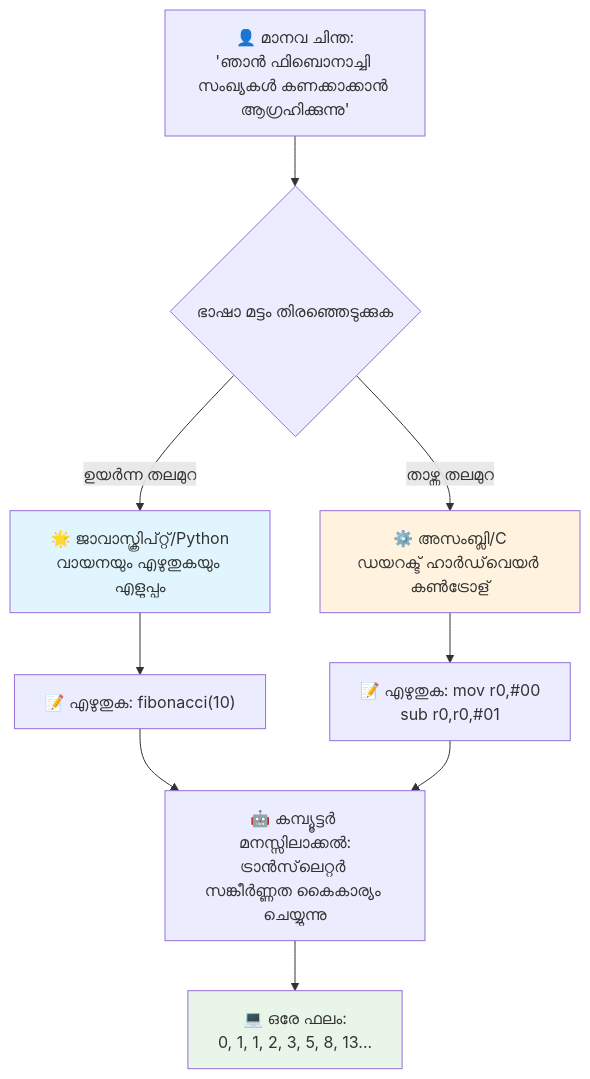
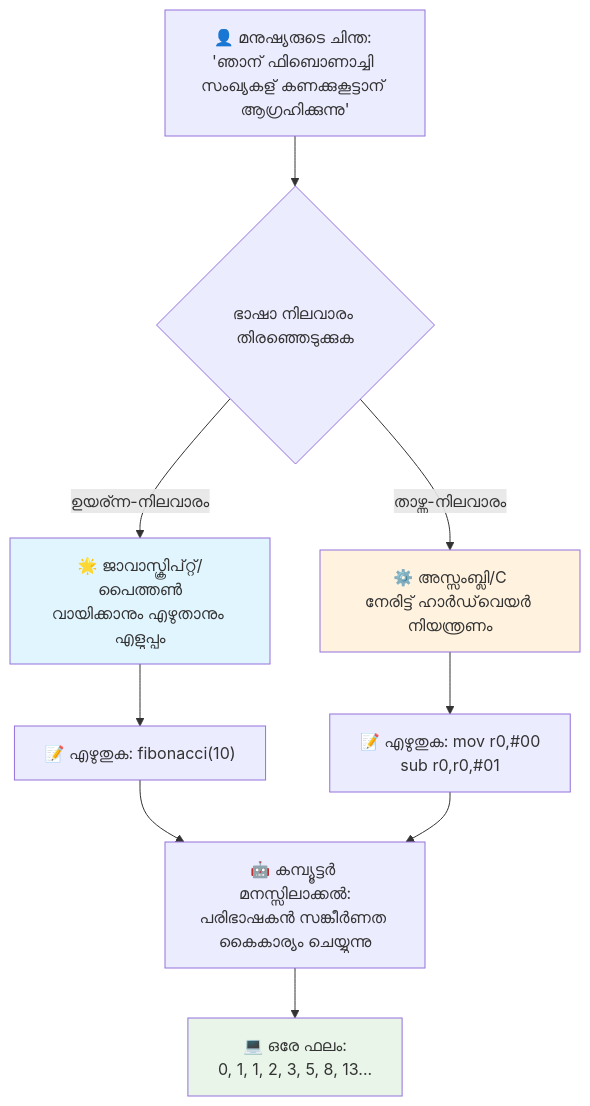
The third of 7 diagrams in translations/ml/1-getting-started-lessons/1-intro-to-programming-languages/README.md (microsoft/Web-Dev-For-Beginners), drawn with Mermaid before and after one commit. The commit also changed other lines of this file and 8 other files, not shown here.

````diff
--- a/translations/ml/1-getting-started-lessons/1-intro-to-programming-languages/README.md
+++ b/translations/ml/1-getting-started-lessons/1-intro-to-programming-languages/README.md
@@ -151,19 +147,19 @@
 ```mermaid
 flowchart TB
-    A["👤 മാനവ ചിന്ത:<br/>'ഞാൻ ഫിബൊനാച്ചി സംഖ്യകൾ കണക്കാക്കാൻ ആഗ്രഹിക്കുന്നു'"] --> B{ഭാഷാ മട്ടം തിരഞ്ഞെടുക്കുക}
+    A["👤 മനുഷ്യരുടെ ചിന്ത: <br/>'ഞാന് ഫിബൊണാച്ചി സംഖ്യകള് കണക്കുകൂട്ടാന് ആഗ്രഹിക്കുന്നു'"] --> B{ഭാഷാ നിലവാരം തിരഞ്ഞെടുക്കുക}
     
-    B -->|ഉയർന്ന തലമുറ| C["🌟 ജാവാസ്ക്രിപ്റ്റ്/Python<br/>വായനയും എഴുതുകയും എളുപ്പം"]
-    B -->|താഴ്ന്ന തലമുറ| D["⚙️ അസംബ്ലി/C<br/>ഡയറക്ട് ഹാർഡ്‌വെയർ കൺട്രോള്"]
+    B -->|ഉയര്ന്ന-നിലവാരം| C["🌟 ജാവാസ്ക്രിപ്റ്റ്/പൈത്തൺ<br/>വായിക്കാനും എഴുതാനും എളുപ്പം"]
+    B -->|താഴ്ന്ന-നിലവാരം| D["⚙️ അസ്സംബ്ലി/C<br/>നേരിട്ട് ഹാർഡ്‌വെയർ നിയന്ത്രണം"]
     
     C --> E["📝 എഴുതുക: fibonacci(10)"]
     D --> F["📝 എഴുതുക: mov r0,#00<br/>sub r0,r0,#01"]
     
-    E --> G["🤖 കമ്പ്യൂട്ടർ മനസ്സിലാക്കൽ:<br/>ട്രാൻസ്‌ലെറ്റർ സങ്കീർണ്ണത കൈകാര്യം ചെയ്യുന്നു"]
+    E --> G["🤖 കമ്പ്യൂട്ടർ മനസ്സിലാക്കൽ:<br/>പരിഭാഷകൻ സങ്കീർണത കൈകാര്യം ചെയ്യുന്നു"]
     F --> G
     
     G --> H["💻 ഒരേ ഫലം:<br/>0, 1, 1, 2, 3, 5, 8, 13..."]
     
     style C fill:#e1f5fe
     style D fill:#fff3e0
     style H fill:#e8f5e8
 ```
````
